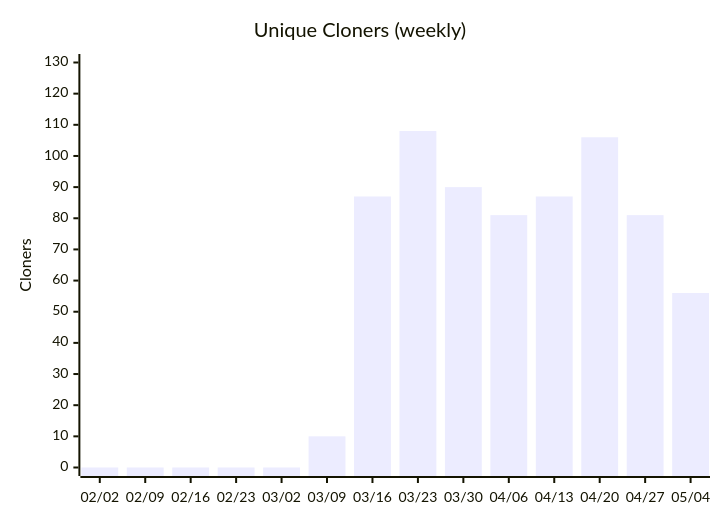
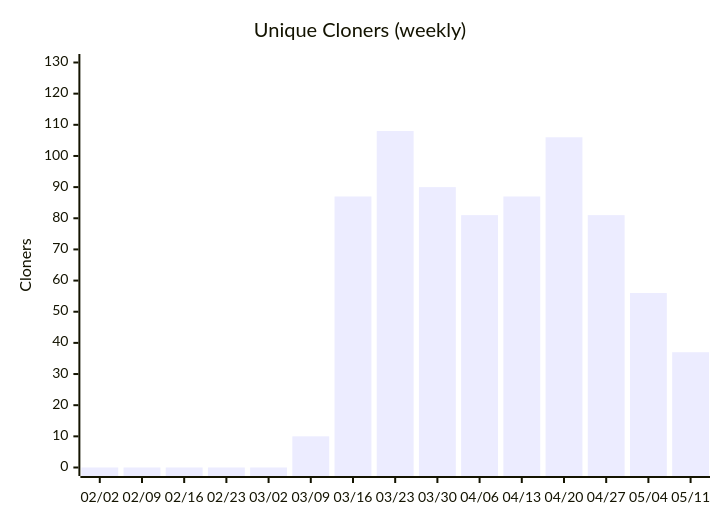
Before and after one commit to nablarch/nabledge-dev: diagram 14 of 14 in docs/metrics.md, drawn with Mermaid. The commit also changed other lines of this file and 2 other files, not shown here.

````diff
--- a/docs/metrics.md
+++ b/docs/metrics.md
@@ -177,7 +177,7 @@
 ```mermaid
 xychart-beta
   title "Unique Cloners (weekly)"
-  x-axis ["02/02", "02/09", "02/16", "02/23", "03/02", "03/09", "03/16", "03/23", "03/30", "04/06", "04/13", "04/20", "04/27", "05/04"]
+  x-axis ["02/02", "02/09", "02/16", "02/23", "03/02", "03/09", "03/16", "03/23", "03/30", "04/06", "04/13", "04/20", "04/27", "05/04", "05/11"]
   y-axis "Cloners" 0 --> 130
-  bar [0, 0, 0, 0, 0, 10, 87, 108, 90, 81, 87, 106, 81, 56]
+  bar [0, 0, 0, 0, 0, 10, 87, 108, 90, 81, 87, 106, 81, 56, 37]
 ```
````
